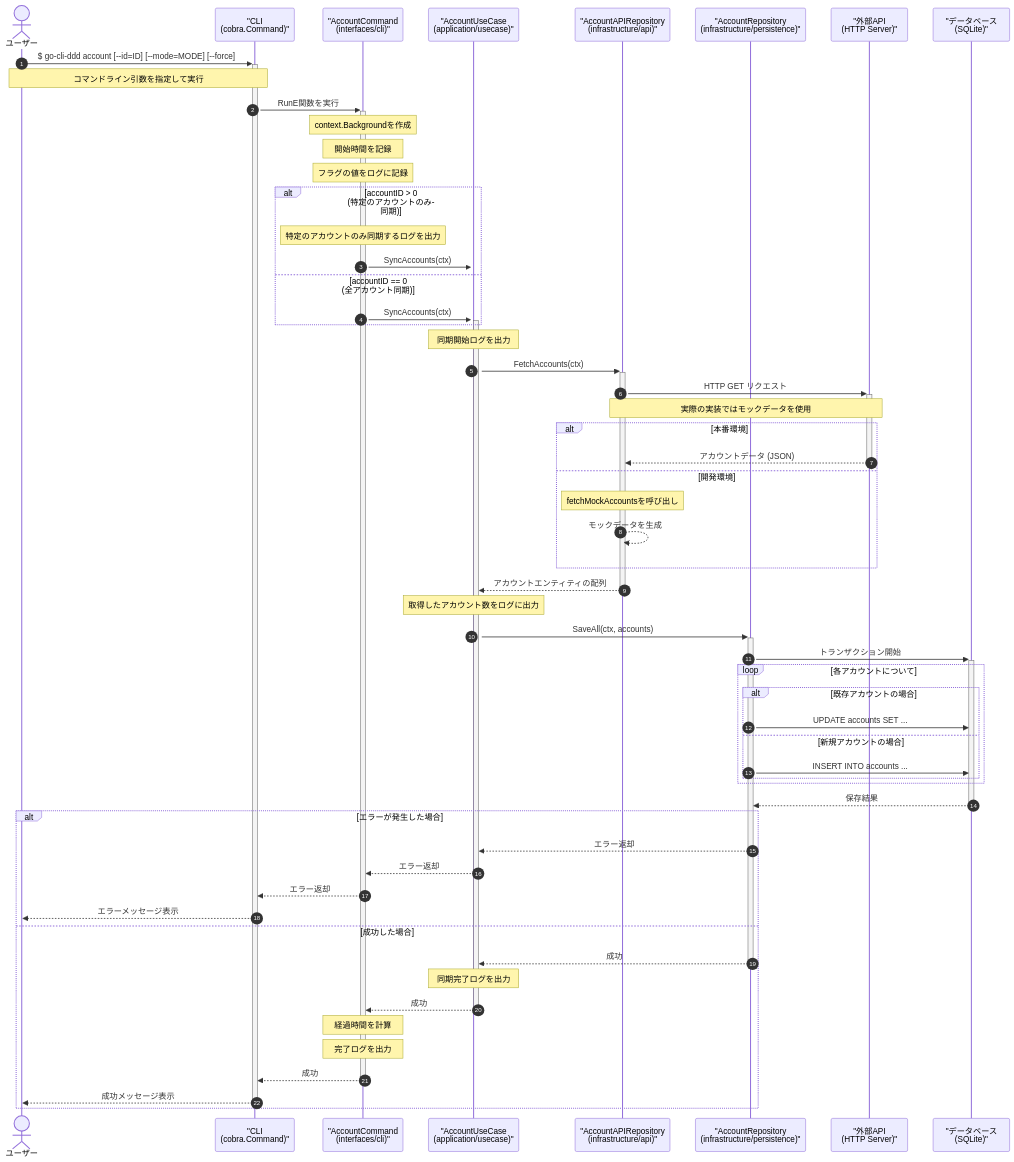
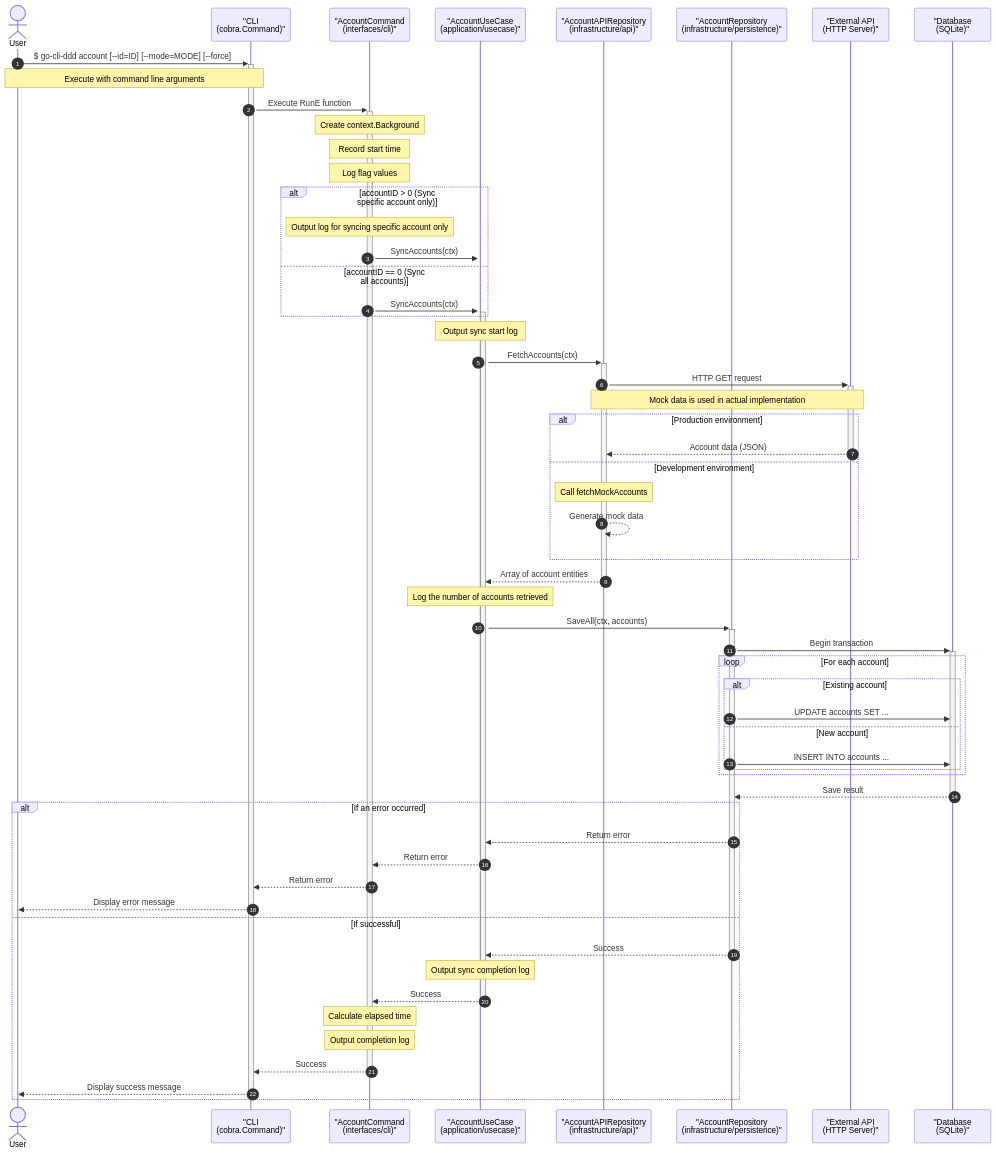
Before and after one commit to yuru-sha/go-cli-ddd: the diagram in README.md, drawn with Mermaid. The commit also changed other lines of this file and 1 other file, not shown here.

````diff
--- a/README.md
+++ b/README.md
@@ -276,82 +276,82 @@
 sequenceDiagram
     autonumber
 
-    %% 参加者の定義
-    actor ユーザー
+    %% Participant definitions
+    actor User
     participant CLI as "CLI<br>(cobra.Command)"
     participant AccountCommand as "AccountCommand<br>(interfaces/cli)"
     participant AccountUseCase as "AccountUseCase<br>(application/usecase)"
     participant AccountAPIRepo as "AccountAPIRepository<br>(infrastructure/api)"
     participant AccountRepo as "AccountRepository<br>(infrastructure/persistence)"
-    participant 外部API as "外部API<br>(HTTP Server)"
-    participant DB as "データベース<br>(SQLite)"
+    participant ExternalAPI as "External API<br>(HTTP Server)"
+    participant DB as "Database<br>(SQLite)"
 
-    %% シーケンスの開始
-    ユーザー->>+CLI: $ go-cli-ddd account [--id=ID] [--mode=MODE] [--force]
-    Note over ユーザー,CLI: コマンドライン引数を指定して実行
+    %% Start of sequence
+    User->>+CLI: $ go-cli-ddd account [--id=ID] [--mode=MODE] [--force]
+    Note over User,CLI: Execute with command line arguments
 
-    %% CLIからAccountCommandへの処理委譲
-    CLI->>+AccountCommand: RunE関数を実行
-    Note over AccountCommand: context.Backgroundを作成
-    Note over AccountCommand: 開始時間を記録
+    %% Delegation from CLI to AccountCommand
+    CLI->>+AccountCommand: Execute RunE function
+    Note over AccountCommand: Create context.Background
+    Note over AccountCommand: Record start time
 
-    %% フラグの処理
-    Note over AccountCommand: フラグの値をログに記録
+    %% Flag processing
+    Note over AccountCommand: Log flag values
 
-    %% 条件分岐
-    alt accountID > 0 (特定のアカウントのみ同期)
-        Note over AccountCommand: 特定のアカウントのみ同期するログを出力
+    %% Conditional branching
+    alt accountID > 0 (Sync specific account only)
+        Note over AccountCommand: Output log for syncing specific account only
         AccountCommand->>+AccountUseCase: SyncAccounts(ctx)
-    else accountID == 0 (全アカウント同期)
+    else accountID == 0 (Sync all accounts)
         AccountCommand->>+AccountUseCase: SyncAccounts(ctx)
     end
 
-    %% ユースケースの処理
-    Note over AccountUseCase: 同期開始ログを出力
+    %% Use case processing
+    Note over AccountUseCase: Output sync start log
 
-    %% 外部APIからデータ取得
+    %% Fetch data from external API
     AccountUseCase->>+AccountAPIRepo: FetchAccounts(ctx)
-    AccountAPIRepo->>+外部API: HTTP GET リクエスト
-    Note over AccountAPIRepo,外部API: 実際の実装ではモックデータを使用
+    AccountAPIRepo->>+ExternalAPI: HTTP GET request
+    Note over AccountAPIRepo,ExternalAPI: Mock data is used in actual implementation
 
-    alt 本番環境
-        外部API-->>-AccountAPIRepo: アカウントデータ (JSON)
-    else 開発環境
-        Note over AccountAPIRepo: fetchMockAccountsを呼び出し
-        AccountAPIRepo-->>AccountAPIRepo: モックデータを生成
+    alt Production environment
+        ExternalAPI-->>-AccountAPIRepo: Account data (JSON)
+    else Development environment
+        Note over AccountAPIRepo: Call fetchMockAccounts
+        AccountAPIRepo-->>AccountAPIRepo: Generate mock data
     end
 
-    AccountAPIRepo-->>-AccountUseCase: アカウントエンティティの配列
-    Note over AccountUseCase: 取得したアカウント数をログに出力
+    AccountAPIRepo-->>-AccountUseCase: Array of account entities
+    Note over AccountUseCase: Log the number of accounts retrieved
 
-    %% データベースへの保存
+    %% Save to database
     AccountUseCase->>+AccountRepo: SaveAll(ctx, accounts)
 
-    %% トランザクション処理
-    AccountRepo->>+DB: トランザクション開始
+    %% Transaction processing
+    AccountRepo->>+DB: Begin transaction
 
-    loop 各アカウントについて
-        alt 既存アカウントの場合
+    loop For each account
+        alt Existing account
             AccountRepo->>DB: UPDATE accounts SET ...
-        else 新規アカウントの場合
+        else New account
             AccountRepo->>DB: INSERT INTO accounts ...
         end
     end
 
-    DB-->>-AccountRepo: 保存結果
+    DB-->>-AccountRepo: Save result
 
-    alt エラーが発生した場合
-        AccountRepo-->>AccountUseCase: エラー返却
-        AccountUseCase-->>AccountCommand: エラー返却
-        AccountCommand-->>CLI: エラー返却
-        CLI-->>ユーザー: エラーメッセージ表示
-    else 成功した場合
-        AccountRepo-->>-AccountUseCase: 成功
-        Note over AccountUseCase: 同期完了ログを出力
-        AccountUseCase-->>-AccountCommand: 成功
-        Note over AccountCommand: 経過時間を計算
-        Note over AccountCommand: 完了ログを出力
-        AccountCommand-->>-CLI: 成功
-        CLI-->>-ユーザー: 成功メッセージ表示
+    alt If an error occurred
+        AccountRepo-->>AccountUseCase: Return error
+        AccountUseCase-->>AccountCommand: Return error
+        AccountCommand-->>CLI: Return error
+        CLI-->>User: Display error message
+    else If successful
+        AccountRepo-->>-AccountUseCase: Success
+        Note over AccountUseCase: Output sync completion log
+        AccountUseCase-->>-AccountCommand: Success
+        Note over AccountCommand: Calculate elapsed time
+        Note over AccountCommand: Output completion log
+        AccountCommand-->>-CLI: Success
+        CLI-->>-User: Display success message
     end
 ```
````
